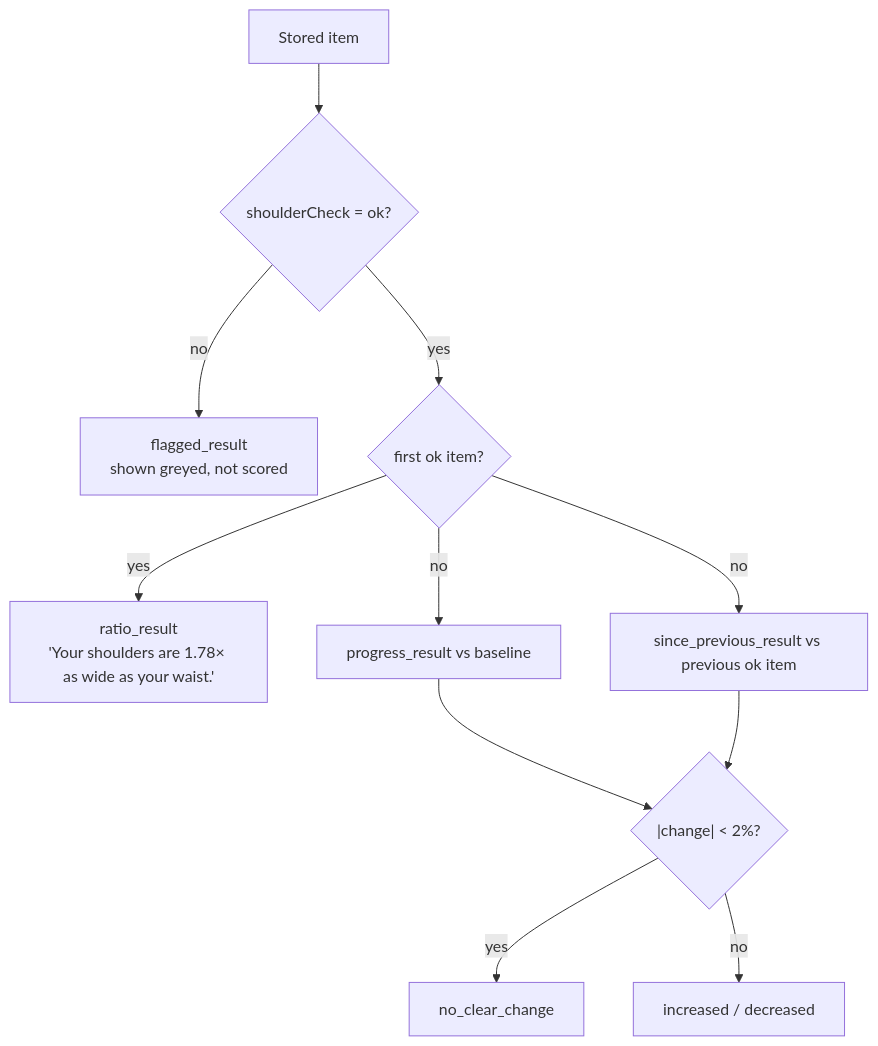
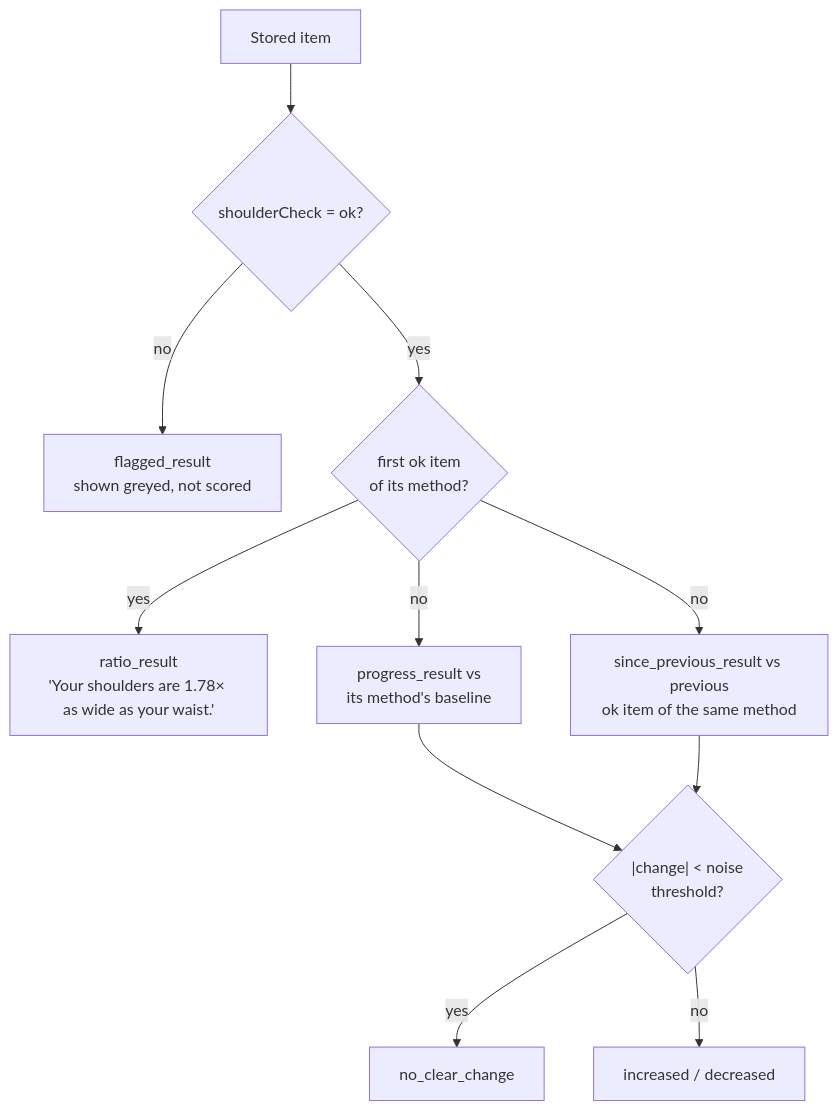
Diagram 12 of 15 in docs/architecture.md (ashutosharma2/LiftLens), drawn with Mermaid before and after one commit. The commit also changed other lines of this file and 6 other files, not shown here.

First line of the commit message:
ADR-007: body outline from the pose model, one baseline per method

````diff
--- a/docs/architecture.md
+++ b/docs/architecture.md
@@ -372,13 +372,13 @@
 ```mermaid
 flowchart TB
     Item["Stored item"] --> Ok{"shoulderCheck = ok?"}
     Ok -- "no" --> Flagged["flagged_result<br/>shown greyed, not scored"]
-    Ok -- "yes" --> First{"first ok item?"}
+    Ok -- "yes" --> First{"first ok item<br/>of its method?"}
     First -- "yes" --> Base["ratio_result<br/>'Your shoulders are 1.78× as wide as your waist.'"]
-    First -- "no" --> Prog["progress_result vs baseline"]
-    First -- "no" --> Since["since_previous_result vs previous ok item"]
-    Prog --> Noise{"|change| < 2%?"}
+    First -- "no" --> Prog["progress_result vs<br/>its method's baseline"]
+    First -- "no" --> Since["since_previous_result vs previous<br/>ok item of the same method"]
+    Prog --> Noise{"|change| < noise<br/>threshold?"}
     Since --> Noise
     Noise -- "yes" --> NC["no_clear_change"]
     Noise -- "no" --> Dir["increased / decreased"]
 ```
````
